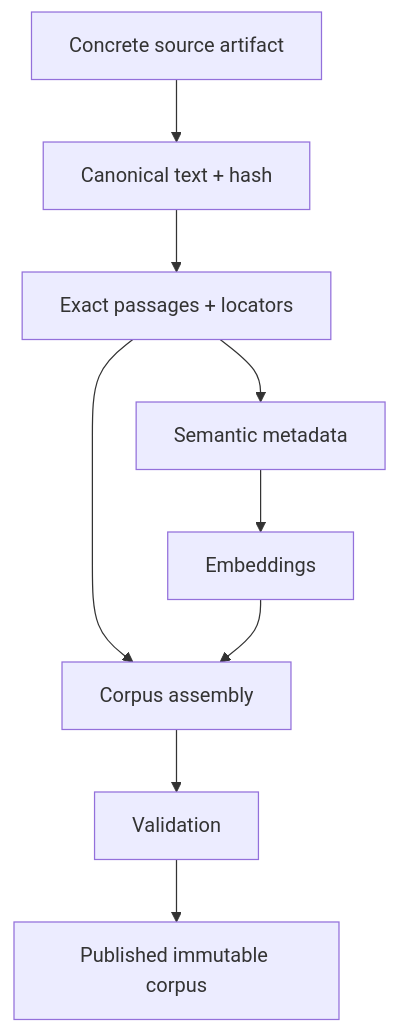
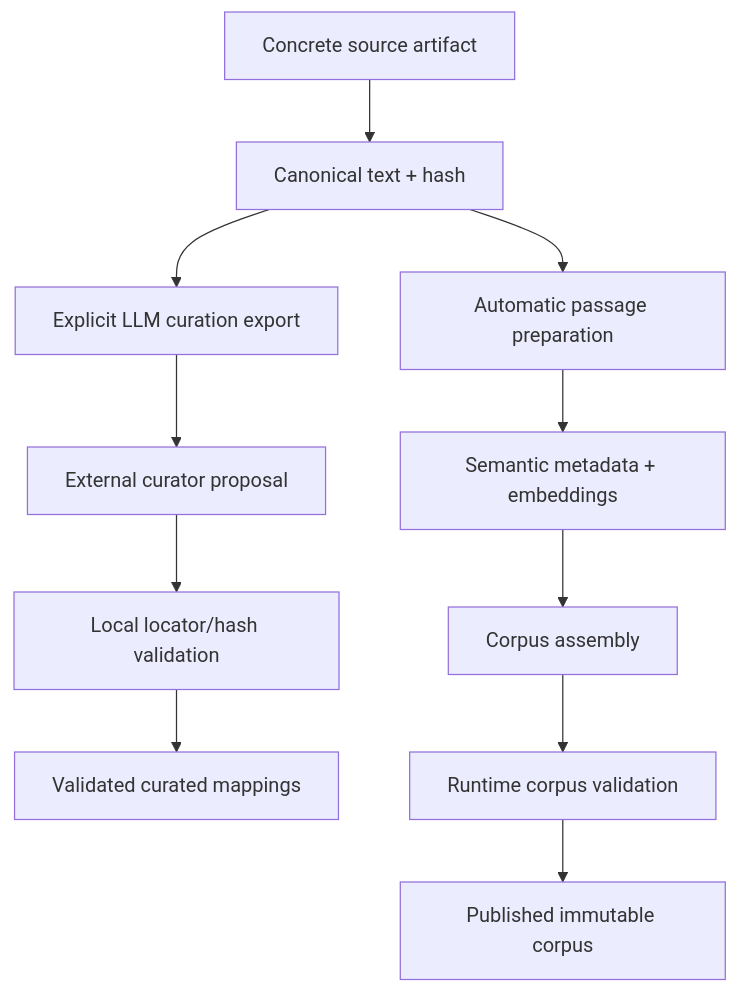
The third of 3 diagrams in docs/ARCHITECTURE.md (folk21/sibyl), drawn with Mermaid before and after one commit. The commit also changed other lines of this file and 27 other files, not shown here.

````diff
--- a/docs/ARCHITECTURE.md
+++ b/docs/ARCHITECTURE.md
@@ -134,11 +142,13 @@
 ```mermaid
 flowchart TD
     S[Concrete source artifact] --> C[Canonical text + hash]
-    C --> P[Exact passages + locators]
-    P --> H[Semantic metadata]
-    H --> E[Embeddings]
-    P --> B[Corpus assembly]
-    E --> B
-    B --> V[Validation]
+    C --> A[Automatic passage preparation]
+    C --> X[Explicit LLM curation export]
+    X --> L[External curator proposal]
+    L --> Q[Local locator/hash validation]
+    A --> H[Semantic metadata + embeddings]
+    H --> B[Corpus assembly]
+    Q --> M[Validated curated mappings]
+    B --> V[Runtime corpus validation]
     V --> O[Published immutable corpus]
 ```
````
